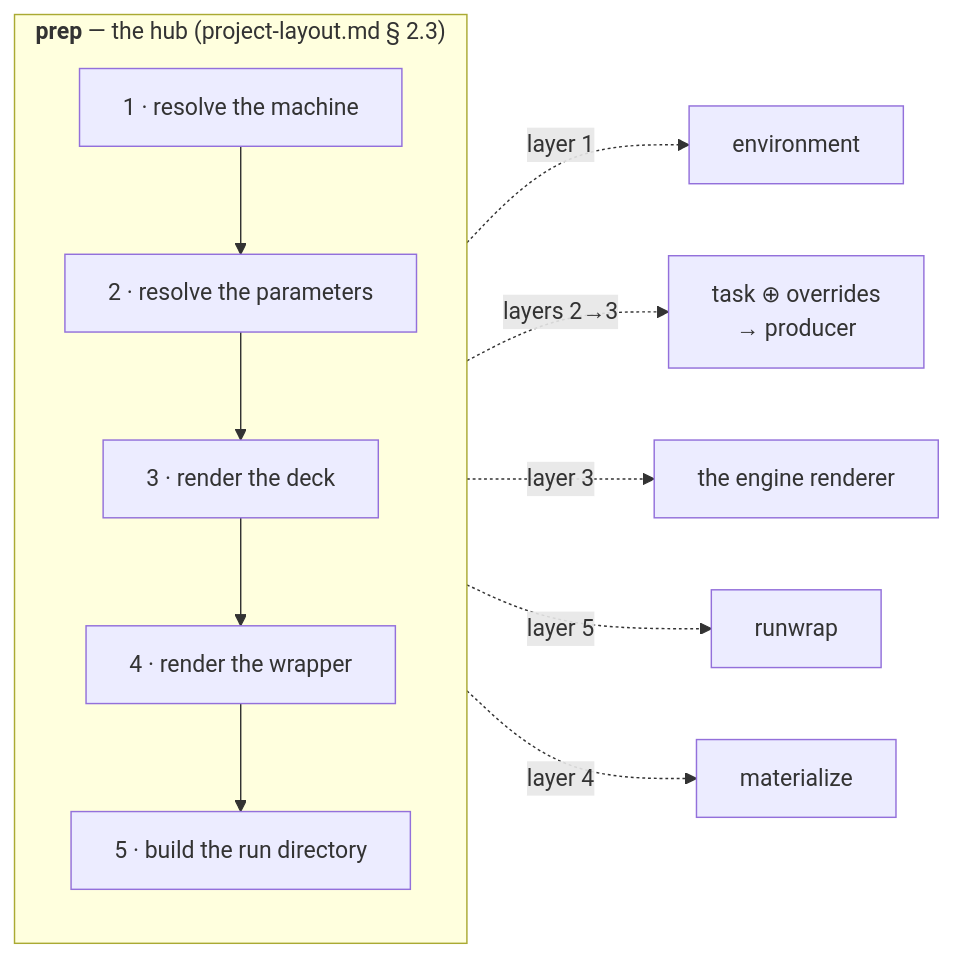
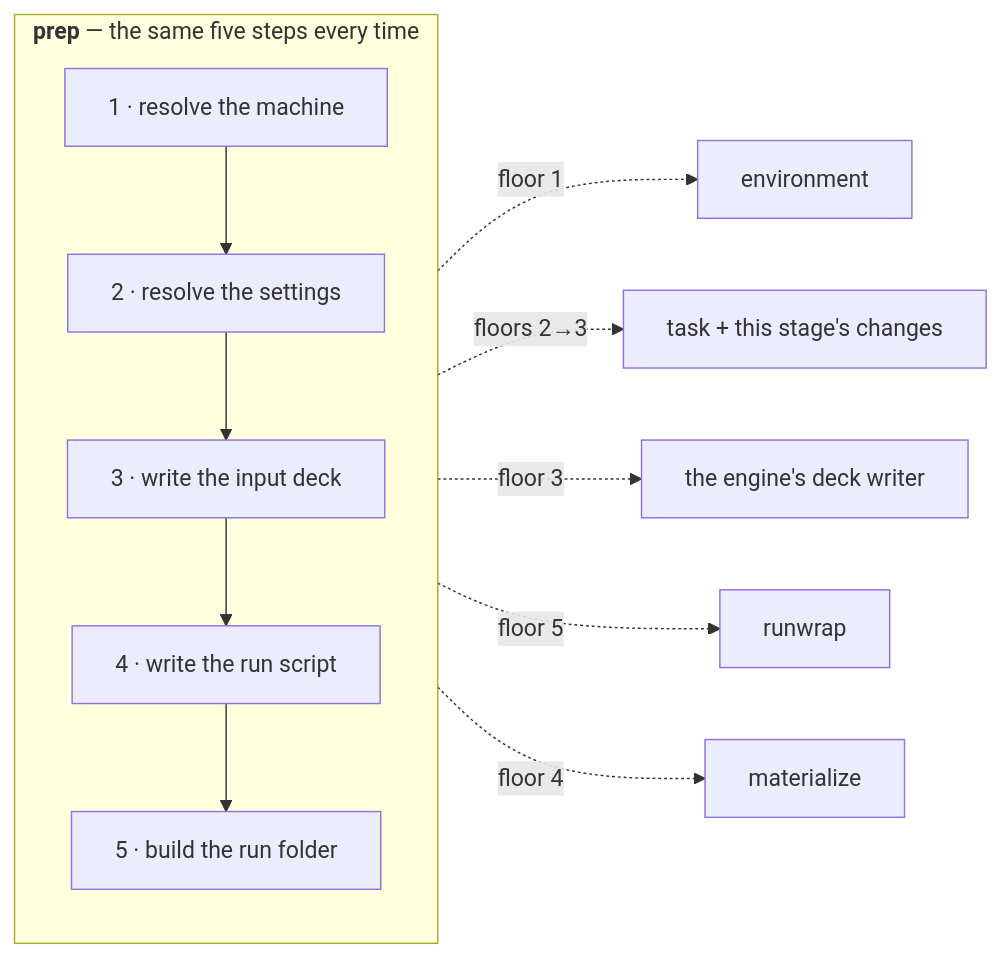
One commit to Qing-LAB/molbuilder changed the fourth of 4 diagrams in docs/execution/staged-runs-implementation-plan.md. Above: the diagram before and after it, drawn with Mermaid. The commit also changed other lines of this file, not shown here.

First line of the commit message:
docs(architecture): § 9 consolidated -- one design, plain language, 115 lines shorter

````diff
--- a/docs/execution/staged-runs-implementation-plan.md
+++ b/docs/execution/staged-runs-implementation-plan.md
@@ -3245,14 +3182,14 @@
 ```mermaid
 flowchart LR
-    subgraph PREP["<b>prep</b> — the hub (project-layout.md § 2.3)"]
+    subgraph PREP["<b>prep</b> — the same five steps every time"]
       direction TB
-      p1["1 · resolve the machine"] --> p2["2 · resolve the parameters"]
-      p2 --> p3["3 · render the deck"] --> p4["4 · render the wrapper"]
-      p4 --> p5["5 · build the run directory"]
+      p1["1 · resolve the machine"] --> p2["2 · resolve the settings"]
+      p2 --> p3["3 · write the input deck"] --> p4["4 · write the run script"]
+      p4 --> p5["5 · build the run folder"]
     end
-    p1 -.->|"layer 1"| q1["environment"]
-    p2 -.->|"layers 2→3"| q2["task ⊕ overrides<br/>→ producer"]
-    p3 -.->|"layer 3"| q3["the engine renderer"]
-    p4 -.->|"layer 5"| q4["runwrap"]
-    p5 -.->|"layer 4"| q5["materialize"]
+    p1 -.->|"floor 1"| q1["environment"]
+    p2 -.->|"floors 2→3"| q2["task + this stage's changes"]
+    p3 -.->|"floor 3"| q3["the engine's deck writer"]
+    p4 -.->|"floor 5"| q4["runwrap"]
+    p5 -.->|"floor 4"| q5["materialize"]
 ```
````
